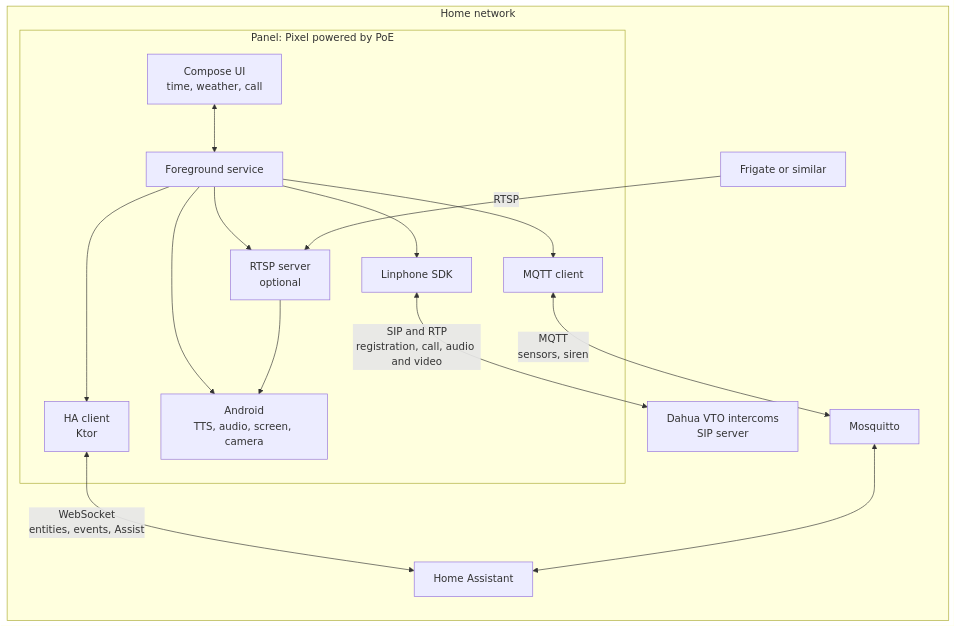
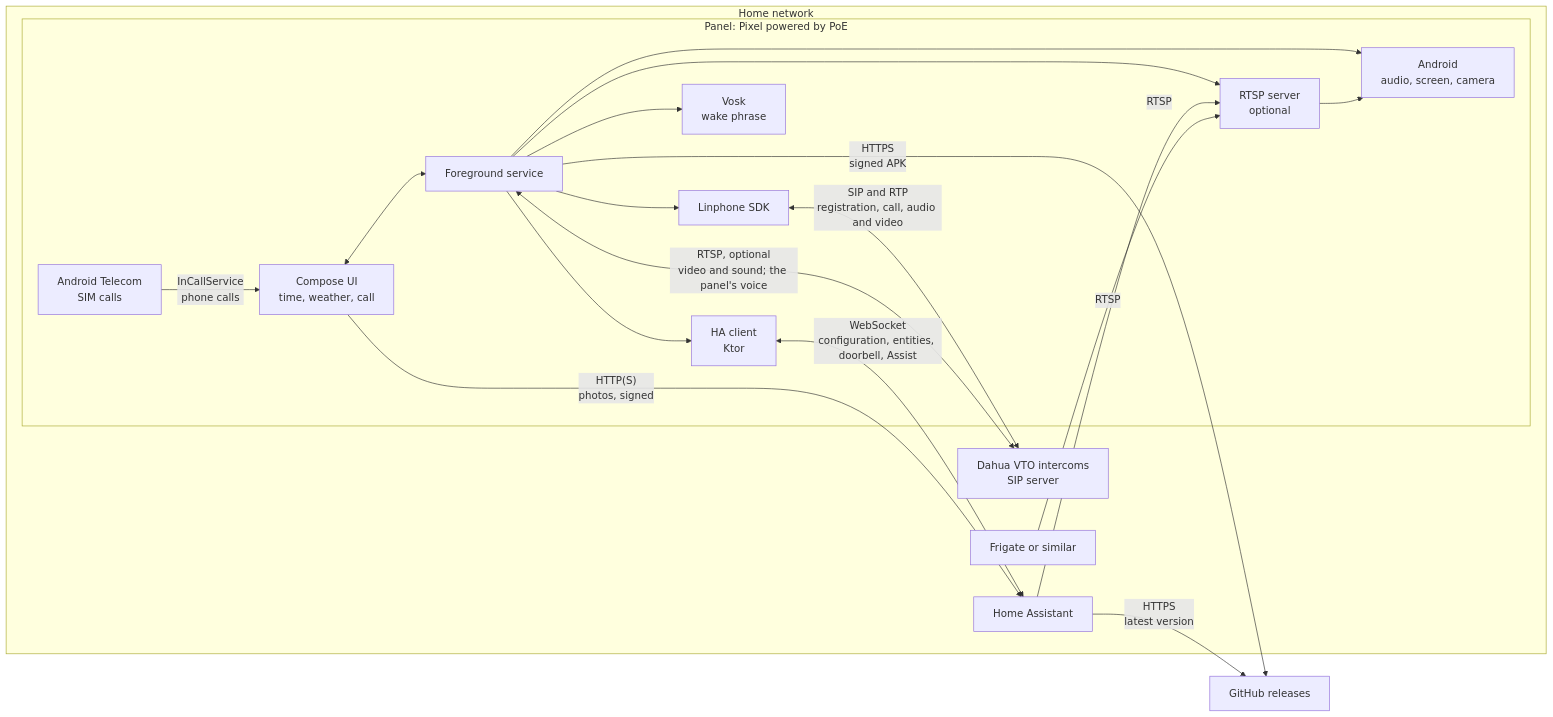
Before and after one commit to xoadev/marc2d: the diagram in README.md, drawn with Mermaid. The commit also changed other lines of this file and 105 other files, not shown here.

````diff
--- a/README.md
+++ b/README.md
@@ -37,31 +46,35 @@
 ```mermaid
 flowchart LR
     subgraph home["Home network"]
         subgraph panel["Panel: Pixel powered by PoE"]
             ui["Compose UI<br/>time, weather, call"]
             svc["Foreground service"]
             sip["Linphone SDK"]
             hac["HA client<br/>Ktor"]
-            mq["MQTT client"]
             rtsp["RTSP server<br/>optional"]
-            sys["Android<br/>TTS, audio, screen, camera"]
+            voice["Vosk<br/>wake phrase"]
+            sys["Android<br/>audio, screen, camera"]
+            tel["Android Telecom<br/>SIM calls"]
         end
         vto["Dahua VTO intercoms<br/>SIP server"]
         ha["Home Assistant"]
-        broker["Mosquitto"]
         frigate["Frigate or similar"]
     end
 
     ui <--> svc
     svc --> sip
     svc --> hac
-    svc --> mq
     svc --> rtsp
+    svc --> voice
     svc --> sys
+    tel -- "InCallService<br/>phone calls" --> ui
     rtsp --> sys
     sip <-- "SIP and RTP<br/>registration, call, audio and video" --> vto
-    hac <-- "WebSocket<br/>entities, events, Assist" --> ha
-    mq <-- "MQTT<br/>sensors, siren" --> broker
-    broker <--> ha
+    svc <-- "RTSP, optional<br/>video and sound; the panel's voice" --> vto
+    hac <-- "WebSocket<br/>configuration, entities, doorbell, Assist" --> ha
+    ui -- "HTTP(S)<br/>photos, signed" --> ha
+    ha -- "RTSP" --> rtsp
     frigate -- "RTSP" --> rtsp
+    ha -- "HTTPS<br/>latest version" --> github["GitHub releases"]
+    svc -- "HTTPS<br/>signed APK" --> github
 ```
````
